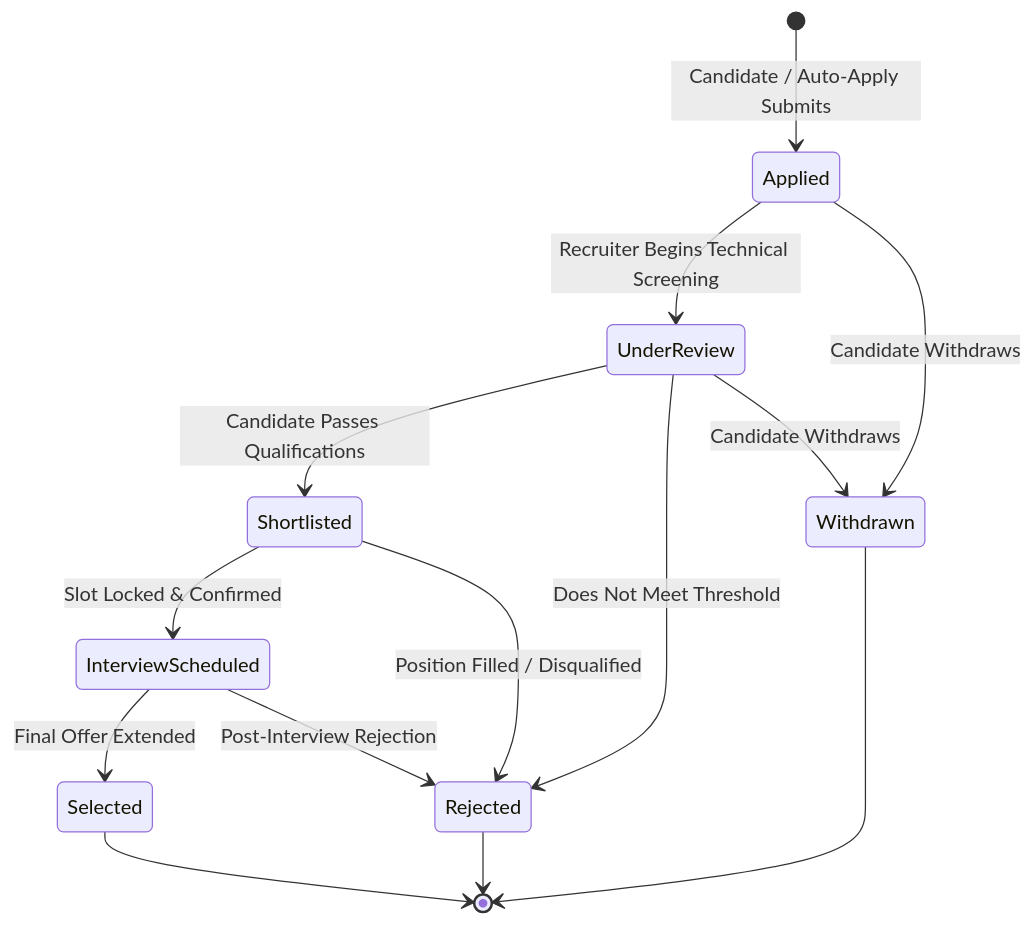
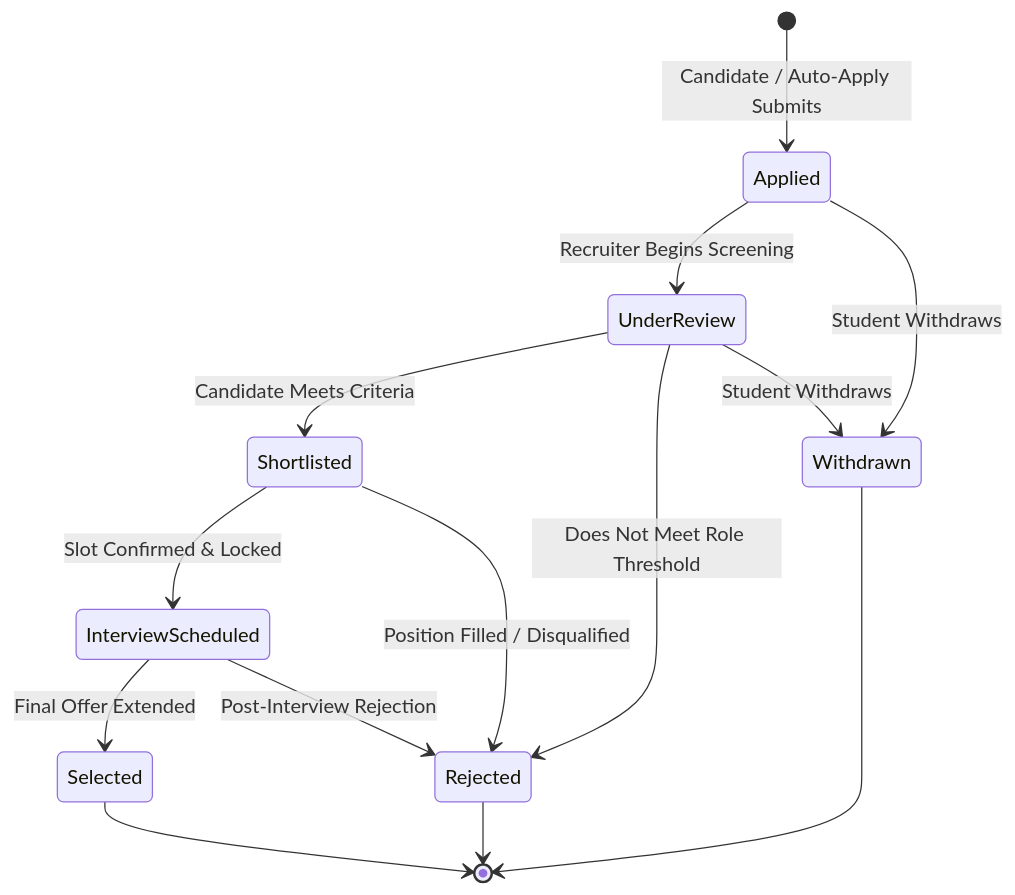
Before and after one commit to KjvRajesh11/internbridge: the second of 2 diagrams in README.md, drawn with Mermaid. The commit also changed other lines of this file, not shown here.

````diff
--- a/README.md
+++ b/README.md
@@ -277,16 +230,16 @@
 ```mermaid
 stateDiagram-v2
     [*] --> Applied: Candidate / Auto-Apply Submits
-    Applied --> UnderReview: Recruiter Begins Technical Screening
-    UnderReview --> Shortlisted: Candidate Passes Qualifications
-    UnderReview --> Rejected: Does Not Meet Threshold
-    Shortlisted --> InterviewScheduled: Slot Locked & Confirmed
+    Applied --> UnderReview: Recruiter Begins Screening
+    UnderReview --> Shortlisted: Candidate Meets Criteria
+    UnderReview --> Rejected: Does Not Meet Role Threshold
+    Shortlisted --> InterviewScheduled: Slot Confirmed & Locked
     Shortlisted --> Rejected: Position Filled / Disqualified
     InterviewScheduled --> Selected: Final Offer Extended
     InterviewScheduled --> Rejected: Post-Interview Rejection
-    Applied --> Withdrawn: Candidate Withdraws
-    UnderReview --> Withdrawn: Candidate Withdraws
+    Applied --> Withdrawn: Student Withdraws
+    UnderReview --> Withdrawn: Student Withdraws
     Selected --> [*]
     Rejected --> [*]
     Withdrawn --> [*]
 ```
````
